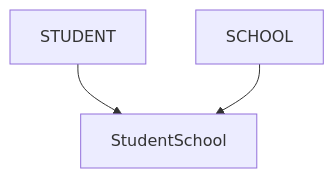
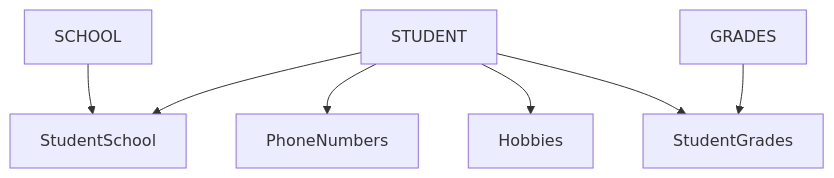
Before and after one commit to HannahDJU22/db2022-Projekt1: the diagram in README.md, drawn with Mermaid.

Commit message:
Update README.md
added my tables, not yet all down

````diff
--- a/README.md
+++ b/README.md
@@ -5,5 +5,9 @@
 ```mermaid
 flowchart TD;
 STUDENT --> StudentSchool;
 SCHOOL --> StudentSchool;
+STUDENT --> PhoneNumbers;
+STUDENT --> Hobbies;
+STUDENT --> StudentGrades;
+GRADES --> StudentGrades;
 ```
````
